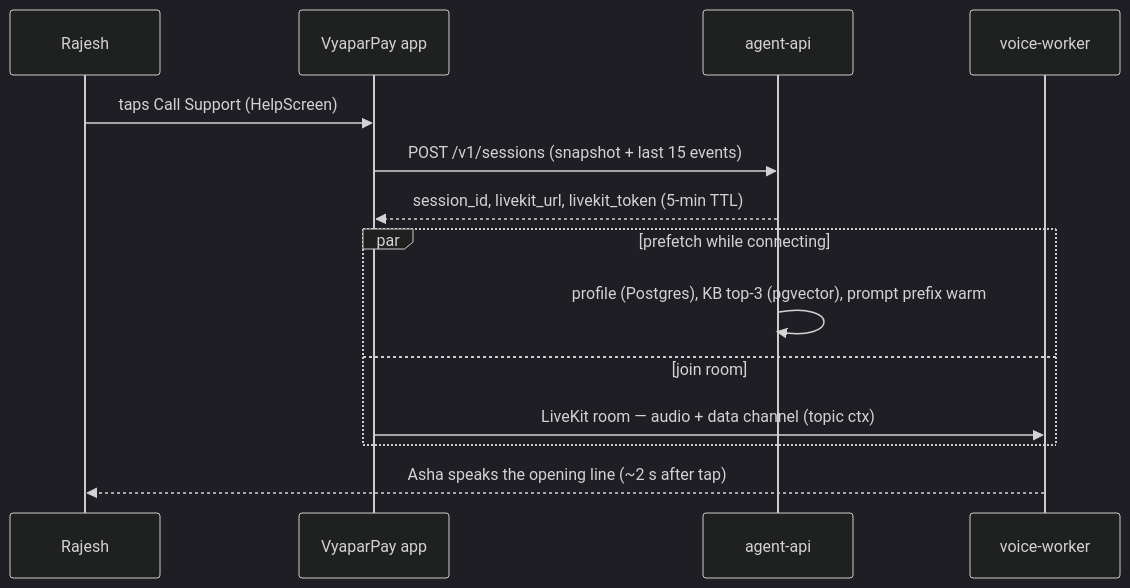
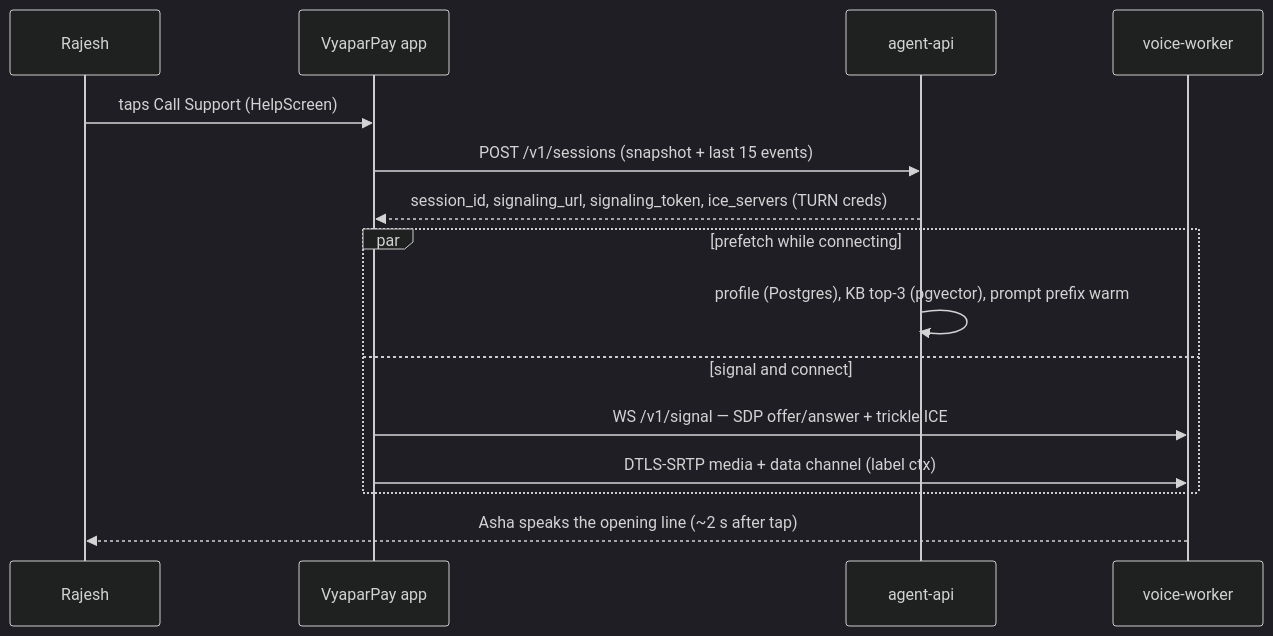
One commit to bibekanandan892/vyaparpay-voice-agent changed the second of 2 diagrams in docs/01-product-and-use-case.md. Above: the diagram before and after it, drawn with Mermaid (dark theme). The commit also changed other lines of this file and 22 other files, not shown here.

First line of the commit message:
refactor(arch): replace LiveKit with raw WebRTC (libwebrtc + aiortc)

````diff
--- a/docs/01-product-and-use-case.md
+++ b/docs/01-product-and-use-case.md
@@ -301,16 +301,17 @@
 ```mermaid
 sequenceDiagram
     participant R as Rajesh
     participant App as VyaparPay app
     participant API as agent-api
     participant W as voice-worker
     R->>App: taps Call Support (HelpScreen)
     App->>API: POST /v1/sessions (snapshot + last 15 events)
-    API-->>App: session_id, livekit_url, livekit_token (5-min TTL)
+    API-->>App: session_id, signaling_url, signaling_token, ice_servers (TURN creds)
     par prefetch while connecting
         API->>API: profile (Postgres), KB top-3 (pgvector), prompt prefix warm
-    and join room
-        App->>W: LiveKit room — audio + data channel (topic ctx)
+    and signal and connect
+        App->>W: WS /v1/signal — SDP offer/answer + trickle ICE
+        App->>W: DTLS-SRTP media + data channel (label ctx)
     end
     W-->>R: Asha speaks the opening line (~2 s after tap)
 ```
````
